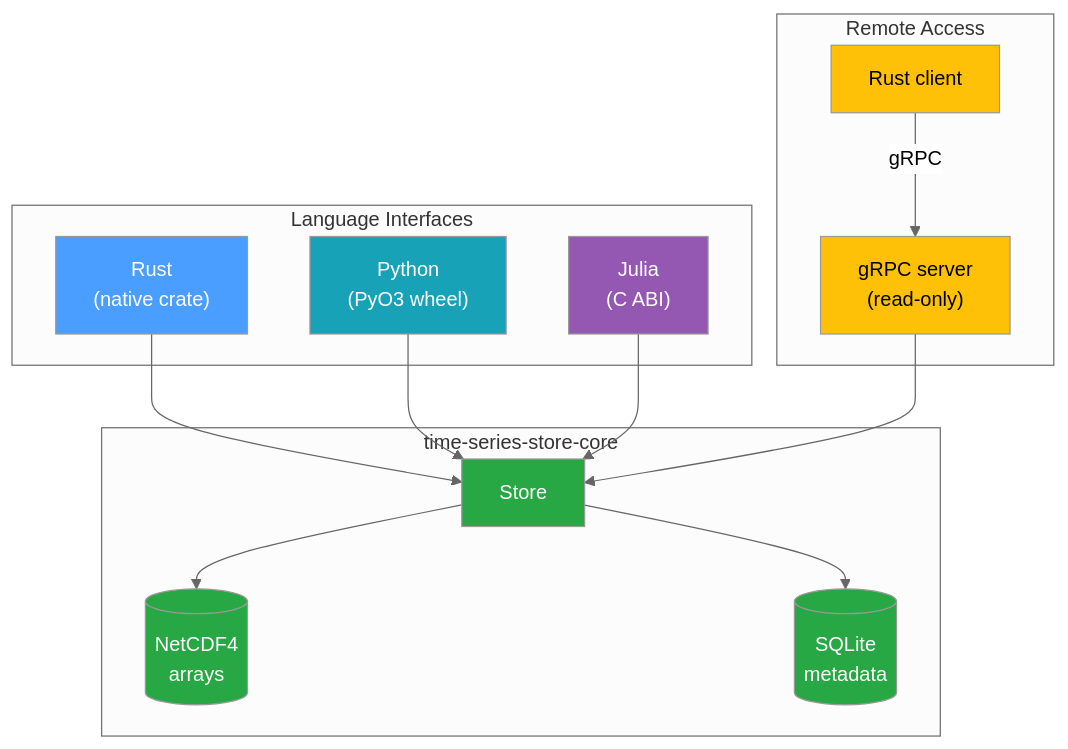
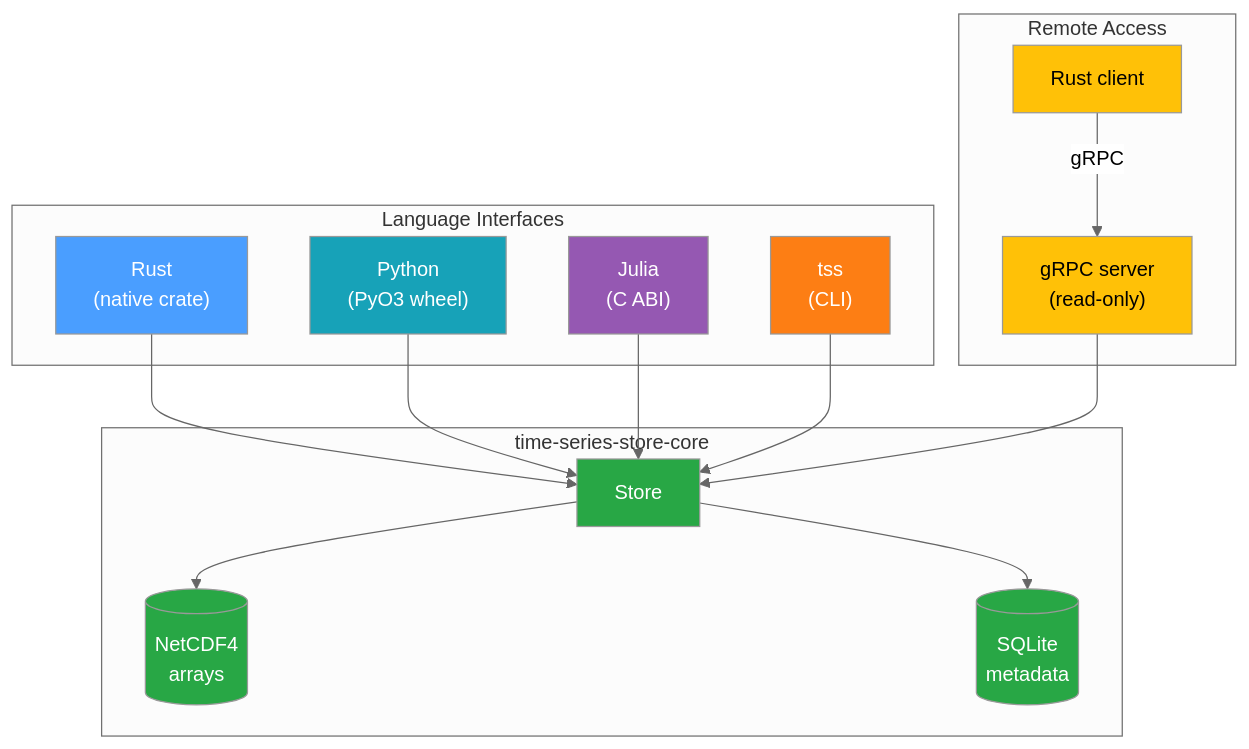
Before and after one commit to NatLabRockies/infrastore: the diagram in docs/src/introduction.md, drawn with Mermaid (neutral theme). The commit also changed other lines of this file and 34 other files, not shown here.

````diff
--- a/docs/src/introduction.md
+++ b/docs/src/introduction.md
@@ -11,34 +11,37 @@
 ```mermaid
 flowchart TB
     subgraph clients["Language Interfaces"]
         RUST["Rust<br/>(native crate)"]
         PY["Python<br/>(PyO3 wheel)"]
         JL["Julia<br/>(C ABI)"]
+        CLI["tss<br/>(CLI)"]
     end
 
     subgraph core["time-series-store-core"]
         STORE["Store"]
         STORE --> NC[("NetCDF4<br/>arrays")]
         STORE --> SQL[("SQLite<br/>metadata")]
     end
 
     subgraph remote["Remote Access"]
         SRV["gRPC server<br/>(read-only)"]
         RC["Rust client"]
     end
 
     RUST --> STORE
     PY --> STORE
     JL --> STORE
+    CLI --> STORE
     SRV --> STORE
     RC -->|"gRPC"| SRV
 
     style RUST fill:#4a9eff,color:#fff
     style PY fill:#17a2b8,color:#fff
     style JL fill:#9558b2,color:#fff
+    style CLI fill:#fd7e14,color:#fff
     style STORE fill:#28a745,color:#fff
     style NC fill:#28a745,color:#fff
     style SQL fill:#28a745,color:#fff
     style SRV fill:#ffc107,color:#000
     style RC fill:#ffc107,color:#000
 ```
````
